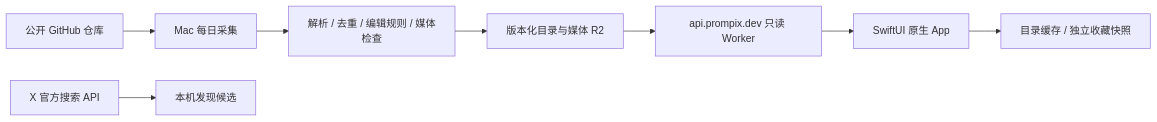
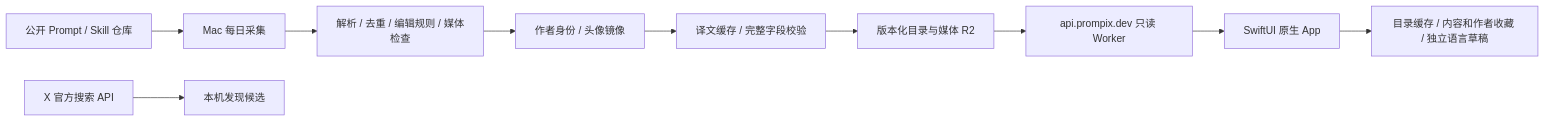
Before and after one commit to p697/prompix: the diagram in docs/tech-plan.md, drawn with Mermaid. The commit also changed other lines of this file and 71 other files, not shown here.

````diff
--- a/docs/tech-plan.md
+++ b/docs/tech-plan.md
@@ -7,10 +7,12 @@
 ```mermaid
 flowchart LR
-  GH[公开 GitHub 仓库] --> MAC[Mac 每日采集]
+  GH[公开 Prompt / Skill 仓库] --> MAC[Mac 每日采集]
   X[X 官方搜索 API] --> DRAFT[本机发现候选]
   MAC --> CHECK[解析 / 去重 / 编辑规则 / 媒体检查]
-  CHECK --> R2[版本化目录与媒体 R2]
+  CHECK --> AUTHOR[作者身份 / 头像镜像]
+  AUTHOR --> I18N[译文缓存 / 完整字段校验]
+  I18N --> R2[版本化目录与媒体 R2]
   R2 --> API[api.prompix.dev 只读 Worker]
   API --> IOS[SwiftUI 原生 App]
-  IOS --> CACHE[目录缓存 / 独立收藏快照]
+  IOS --> CACHE[目录缓存 / 内容和作者收藏 / 独立语言草稿]
 ```
````
